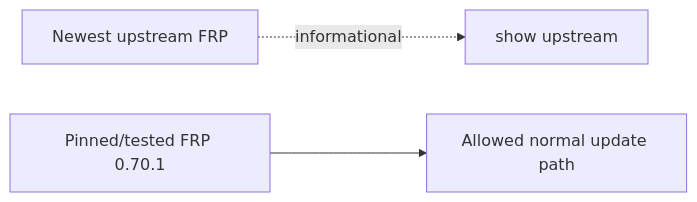
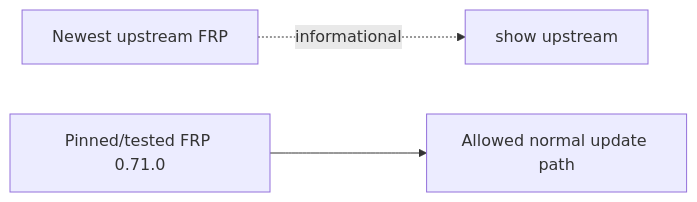
One commit to datarelay-labs/data-relay-link-docs changed the third of 3 diagrams in operations/updates.mdx. Above: the diagram before and after it, drawn with Mermaid. The commit also changed other lines of this file and 24 other files, not shown here.

````diff
--- a/operations/updates.mdx
+++ b/operations/updates.mdx
@@ -74,5 +74,5 @@
 ```mermaid
 flowchart LR
     U[Newest upstream FRP] -. informational .-> C[show upstream]
-    P[Pinned/tested FRP 0.70.1] --> A[Allowed normal update path]
+    P[Pinned/tested FRP 0.71.0] --> A[Allowed normal update path]
 ```
````
